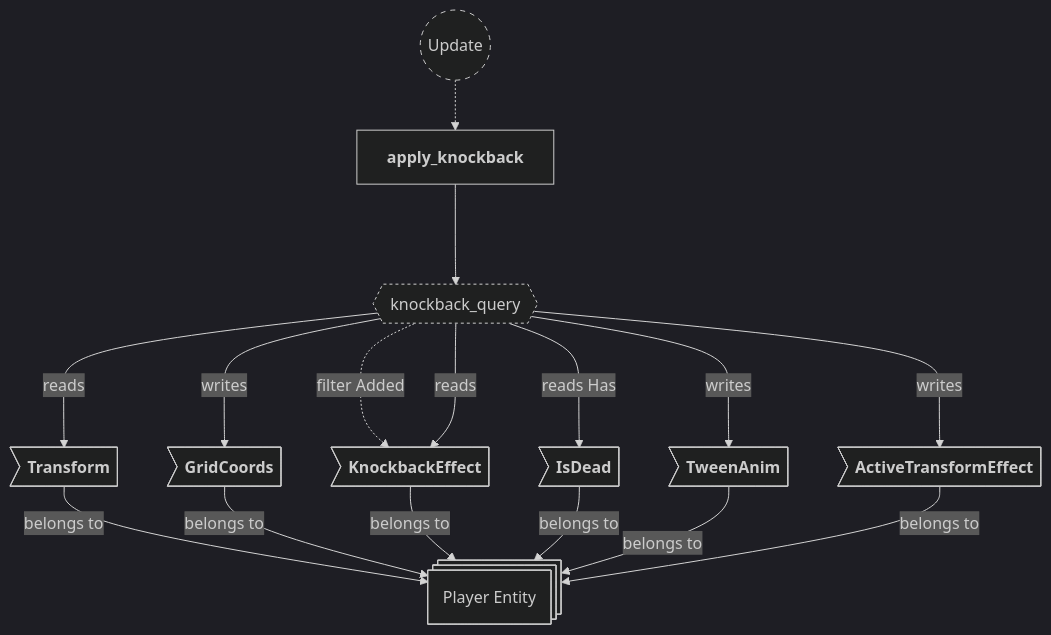
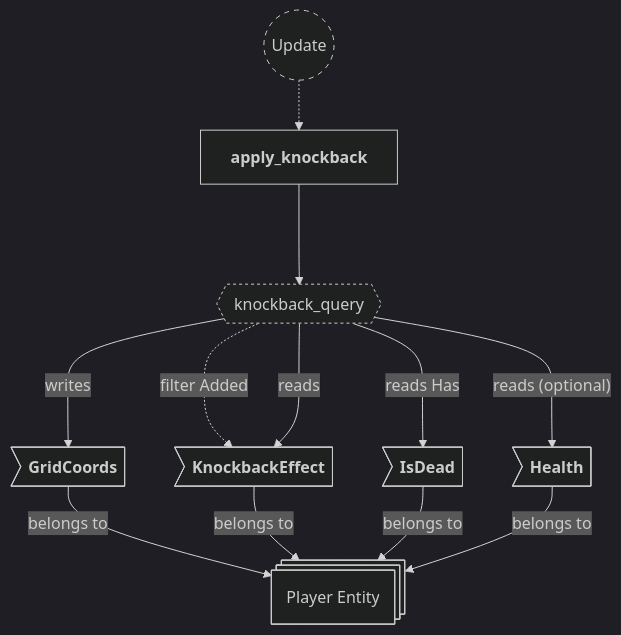
One commit to neurosoup/tyled changed the first of 25 diagrams in backlog/docs/doc-10 - 008-Effects-plugin.md. Above: the diagram before and after it, drawn with Mermaid. The commit also changed other lines of this file and 10 other files, not shown here.

First line of the commit message:
Refactor: run player position effects through the effect resolver

````diff
--- a/backlog/docs/doc-10 - 008-Effects-plugin.md
+++ b/backlog/docs/doc-10 - 008-Effects-plugin.md
@@ -218,35 +226,31 @@
 ```mermaid
 ---
 config:
   theme: dark
 ---
 
 flowchart TD
 classDef system-group stroke-dasharray: 5 5
 classDef query stroke-dasharray: 3 3
 
 update(("`Update`")):::system-group
 apply_knockback["`**apply_knockback**`"]
 
 update -.-> apply_knockback
 
 knockback_query{{"`knockback_query`"}}:::query
 apply_knockback ---> knockback_query
 
 player_entity@{ shape: st-rect, label: "Player Entity" }
 
-pe_transform>"`**Transform**`"] --> |belongs to| player_entity
 pe_coords>"`**GridCoords**`"] --> |belongs to| player_entity
 pe_knockback>"`**KnockbackEffect**`"] --> |belongs to| player_entity
 pe_is_dead>"`**IsDead**`"] --> |belongs to| player_entity
-pe_tween>"`**TweenAnim**`"] --> |belongs to| player_entity
-pe_active>"`**ActiveTransformEffect**`"] --> |belongs to| player_entity
+pe_health>"`**Health**`"] --> |belongs to| player_entity
 
-knockback_query ---> |reads| pe_transform
 knockback_query -..-> |filter Added| pe_knockback
 knockback_query ---> |reads| pe_knockback
 knockback_query ---> |reads Has| pe_is_dead
+knockback_query ---> |"reads (optional)"| pe_health
 knockback_query ---> |writes| pe_coords
-knockback_query ---> |writes| pe_tween
-knockback_query ---> |writes| pe_active
 ```
````
